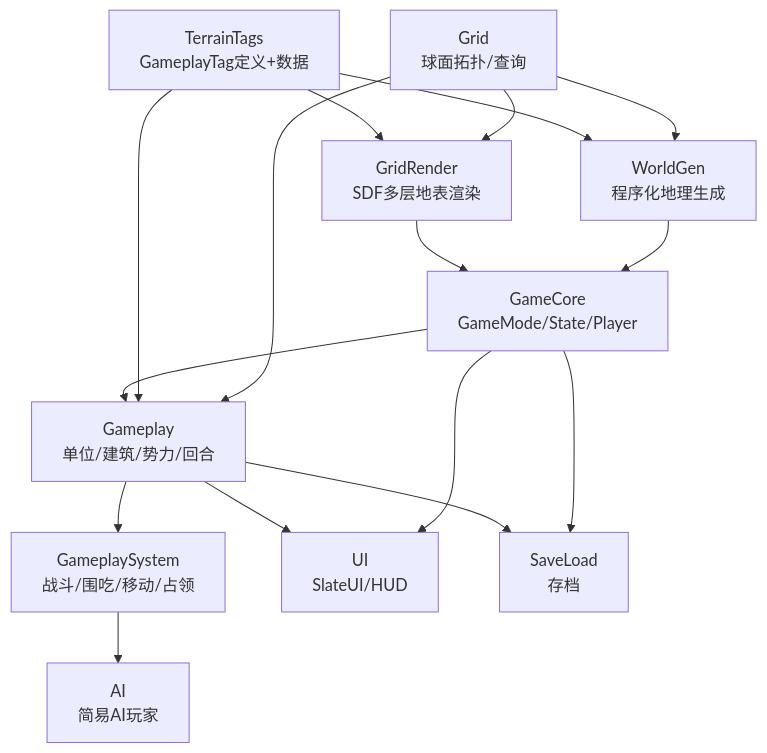
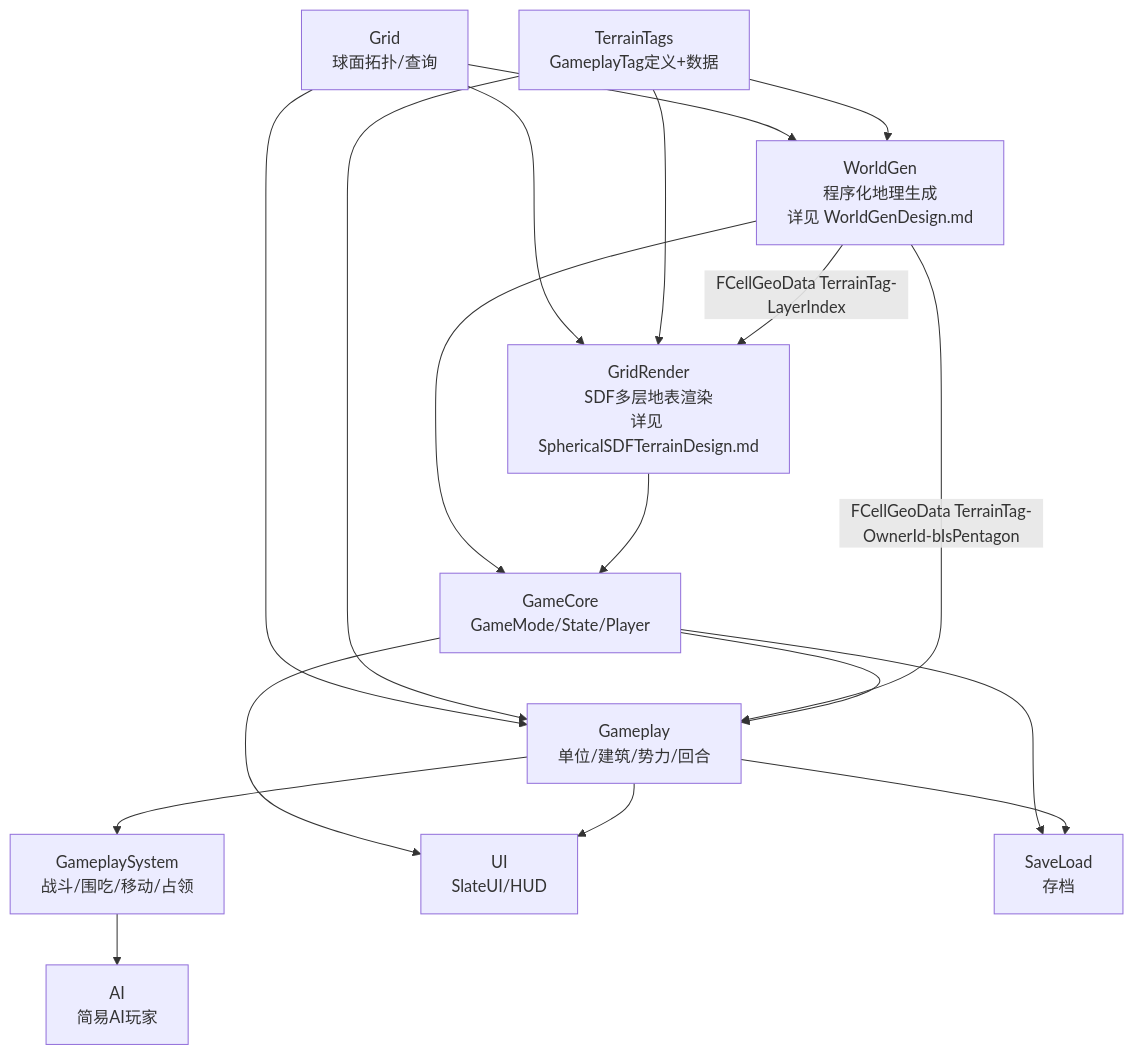
The first of 3 diagrams in Docs/TechnicalDesign.md (tclks001/TerraCivilization), drawn with Mermaid before and after one commit. The commit also changed other lines of this file and 7 other files, not shown here.

````diff
--- a/Docs/TechnicalDesign.md
+++ b/Docs/TechnicalDesign.md
@@ -30,29 +37,31 @@
 ```mermaid
 graph TD
     Grid[Grid<br/>球面拓扑/查询]
-    WorldGen[WorldGen<br/>程序化地理生成]
+    WorldGen[WorldGen<br/>程序化地理生成<br/>详见 WorldGenDesign.md]
     TerrainTag[TerrainTags<br/>GameplayTag定义+数据]
-    GridRender[GridRender<br/>SDF多层地表渲染]
+    GridRender[GridRender<br/>SDF多层地表渲染<br/>详见 SphericalSDFTerrainDesign.md]
     GameCore[GameCore<br/>GameMode/State/Player]
     Gameplay[Gameplay<br/>单位/建筑/势力/回合]
     GameplaySystem[GameplaySystem<br/>战斗/围吃/移动/占领]
     AI[AI<br/>简易AI玩家]
     UI[UI<br/>SlateUI/HUD]
     SaveLoad[SaveLoad<br/>存档]
 
     Grid --> WorldGen
     Grid --> GridRender
     Grid --> Gameplay
     TerrainTag --> WorldGen
     TerrainTag --> Gameplay
     TerrainTag --> GridRender
+    WorldGen -->|FCellGeoData TerrainTag-LayerIndex| GridRender
+    WorldGen -->|FCellGeoData TerrainTag-OwnerId-bIsPentagon| Gameplay
     WorldGen --> GameCore
     GridRender --> GameCore
     Gameplay --> GameplaySystem
     GameCore --> Gameplay
     GameplaySystem --> AI
     GameCore --> UI
     Gameplay --> UI
     GameCore --> SaveLoad
     Gameplay --> SaveLoad
 ```
````
